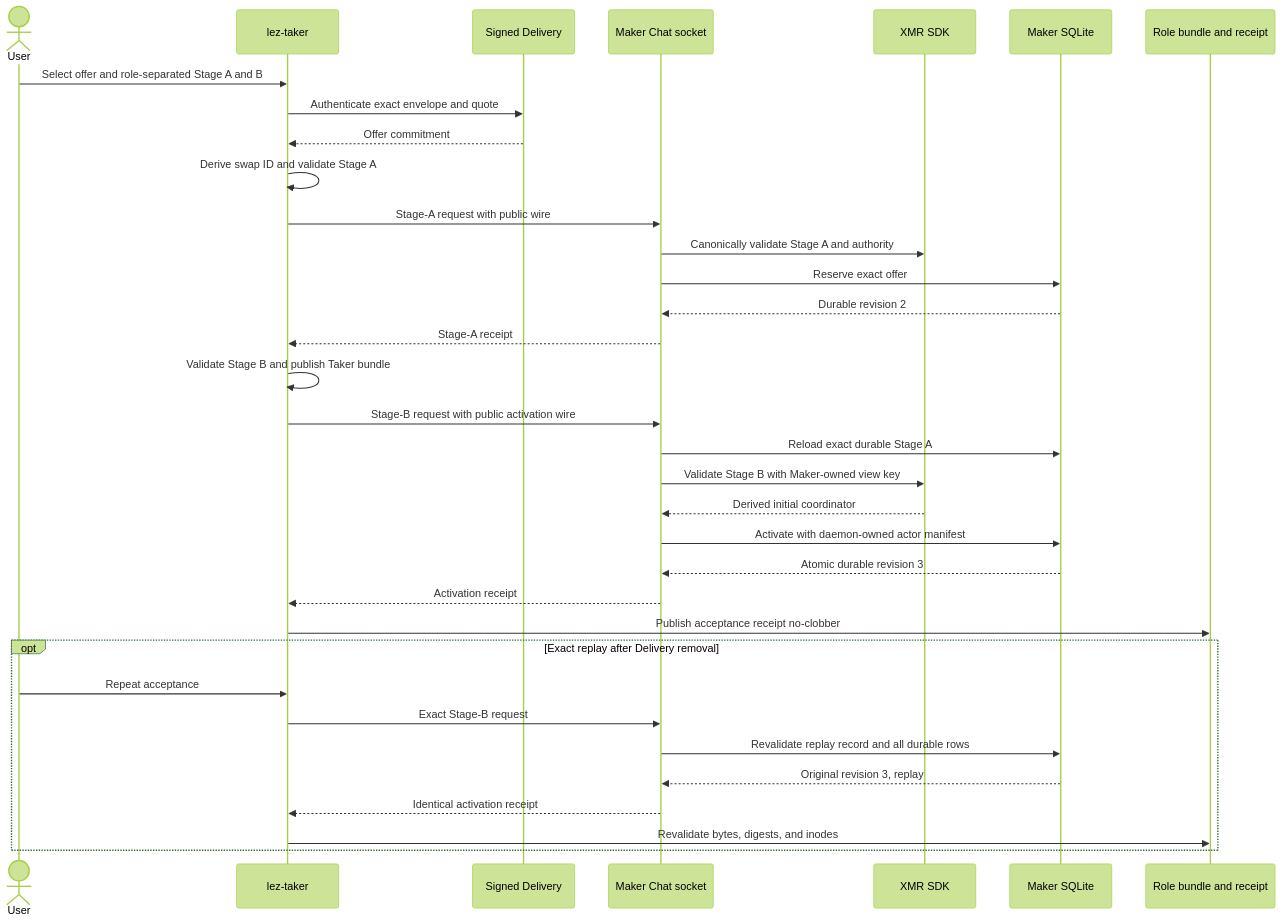
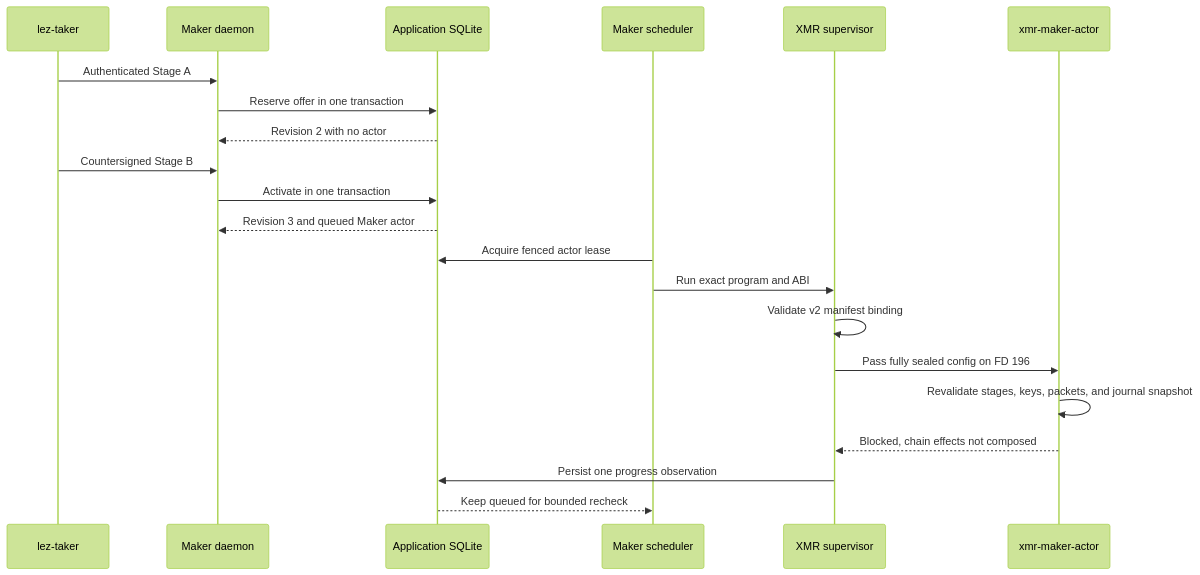
Before and after one commit to gateway-fm/lez-atomic-swaps: the second of 3 diagrams in docs/architecture/0113-hand-off-xmr-stage-material-by-role.md, drawn with Mermaid (forest theme). The commit also changed other lines of this file and 19 other files, not shown here.

Commit message:
feat(m5): supervise sealed XMR authority

````diff
--- a/docs/architecture/0113-hand-off-xmr-stage-material-by-role.md
+++ b/docs/architecture/0113-hand-off-xmr-stage-material-by-role.md
@@ -99,38 +130,24 @@
 ```mermaid
 sequenceDiagram
-    actor User
     participant Taker as lez-taker
-    participant Delivery as Signed Delivery
-    participant Chat as Maker Chat socket
-    participant SDK as XMR SDK
-    participant Store as Maker SQLite
-    participant Bundle as Role bundle and receipt
+    participant Daemon as Maker daemon
+    participant Store as Application SQLite
+    participant Scheduler as Maker scheduler
+    participant Supervisor as XMR supervisor
+    participant Child as xmr-maker-actor
 
-    User->>Taker: Select offer and role-separated Stage A and B
-    Taker->>Delivery: Authenticate exact envelope and quote
-    Delivery-->>Taker: Offer commitment
-    Taker->>Taker: Derive swap ID and validate Stage A
-    Taker->>Chat: Stage-A request with public wire
-    Chat->>SDK: Canonically validate Stage A and authority
-    Chat->>Store: Reserve exact offer
-    Store-->>Chat: Durable revision 2
-    Chat-->>Taker: Stage-A receipt
-    Taker->>Taker: Validate Stage B and publish Taker bundle
-    Taker->>Chat: Stage-B request with public activation wire
-    Chat->>Store: Reload exact durable Stage A
-    Chat->>SDK: Validate Stage B with Maker-owned view key
-    SDK-->>Chat: Derived initial coordinator
-    Chat->>Store: Activate with daemon-owned actor manifest
-    Store-->>Chat: Atomic durable revision 3
-    Chat-->>Taker: Activation receipt
-    Taker->>Bundle: Publish acceptance receipt no-clobber
-
-    opt Exact replay after Delivery removal
-        User->>Taker: Repeat acceptance
-        Taker->>Chat: Exact Stage-B request
-        Chat->>Store: Revalidate replay record and all durable rows
-        Store-->>Chat: Original revision 3, replay
-        Chat-->>Taker: Identical activation receipt
-        Taker->>Bundle: Revalidate bytes, digests, and inodes
-    end
+    Taker->>Daemon: Authenticated Stage A
+    Daemon->>Store: Reserve offer in one transaction
+    Store-->>Daemon: Revision 2 with no actor
+    Taker->>Daemon: Countersigned Stage B
+    Daemon->>Store: Activate in one transaction
+    Store-->>Daemon: Revision 3 and queued Maker actor
+    Scheduler->>Store: Acquire fenced actor lease
+    Scheduler->>Supervisor: Run exact program and ABI
+    Supervisor->>Supervisor: Validate v2 manifest binding
+    Supervisor->>Child: Pass fully sealed config on FD 196
+    Child->>Child: Revalidate stages, keys, packets, and journal snapshot
+    Child-->>Supervisor: Blocked, chain effects not composed
+    Supervisor->>Store: Persist one progress observation
+    Store-->>Scheduler: Keep queued for bounded recheck
 ```
````
